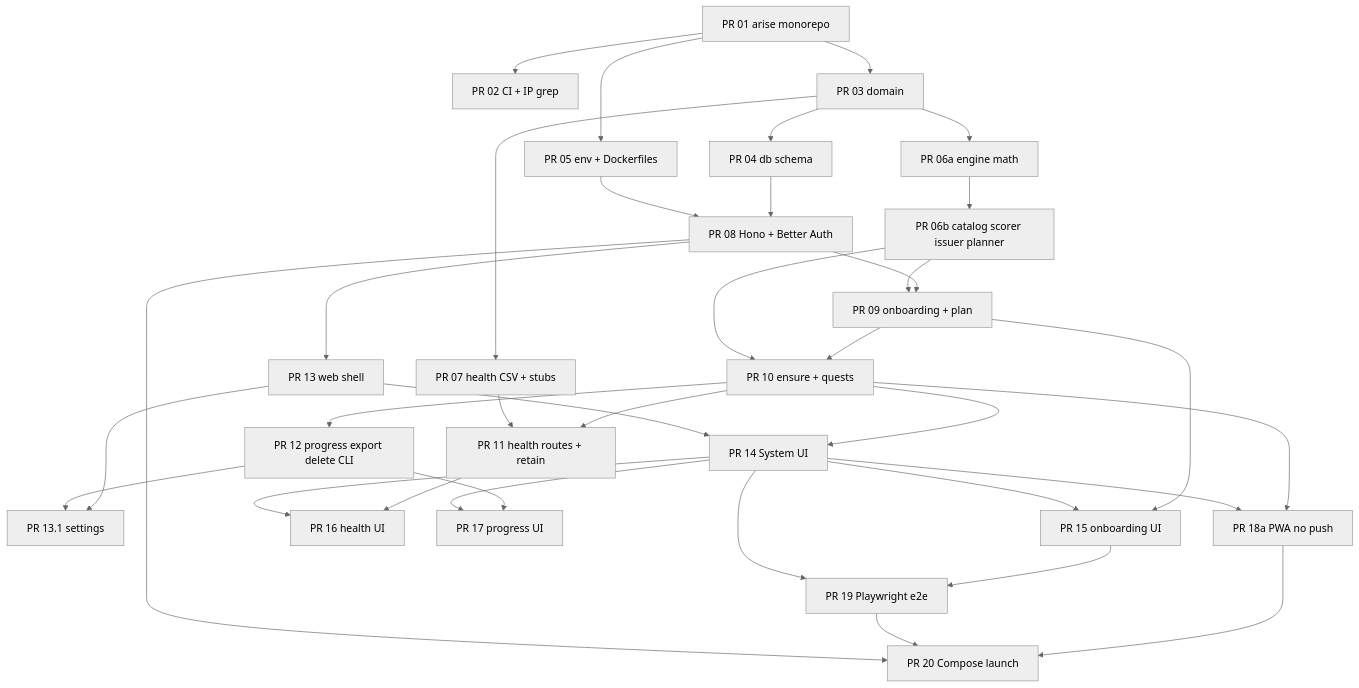
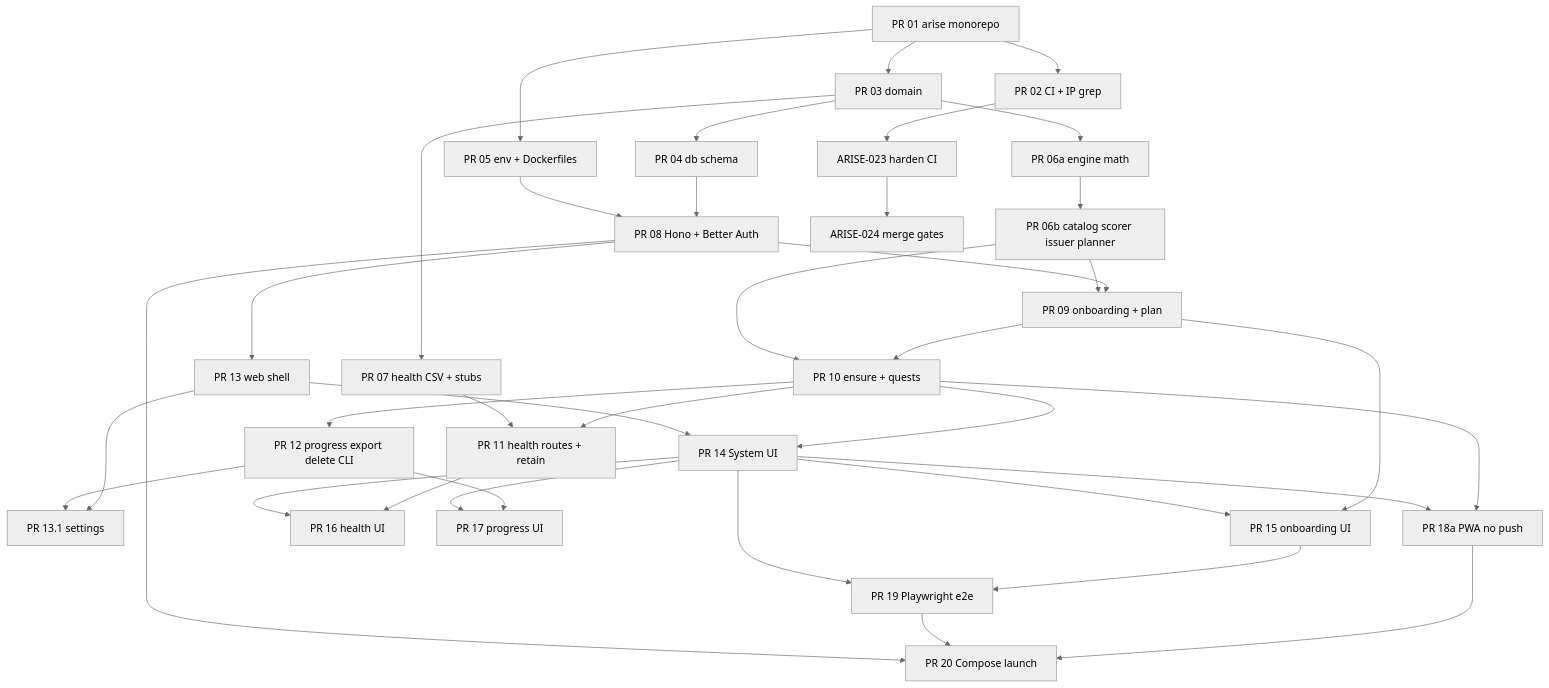
Before and after one commit to timus97/Arise: the first of 2 diagrams in docs/backlog/SPRINT_BOARD.md, drawn with Mermaid (neutral theme). The commit also changed other lines of this file and 2 other files, not shown here.

````diff
--- a/docs/backlog/SPRINT_BOARD.md
+++ b/docs/backlog/SPRINT_BOARD.md
@@ -24,56 +24,58 @@
 ```mermaid
 flowchart TB
   PR01[PR 01 arise monorepo]
   PR02[PR 02 CI + IP grep]
   PR03[PR 03 domain]
   PR04[PR 04 db schema]
   PR05[PR 05 env + Dockerfiles]
   PR06a[PR 06a engine math]
   PR06b[PR 06b catalog scorer issuer planner]
   PR07[PR 07 health CSV + stubs]
   PR08[PR 08 Hono + Better Auth]
   PR09[PR 09 onboarding + plan]
   PR10[PR 10 ensure + quests]
   PR11[PR 11 health routes + retain]
   PR12[PR 12 progress export delete CLI]
   PR13[PR 13 web shell]
   PR131[PR 13.1 settings]
   PR14[PR 14 System UI]
   PR15[PR 15 onboarding UI]
   PR16[PR 16 health UI]
   PR17[PR 17 progress UI]
   PR18a[PR 18a PWA no push]
   PR19[PR 19 Playwright e2e]
   PR20[PR 20 Compose launch]
 
   PR01 --> PR02
   PR01 --> PR03 --> PR04
   PR01 --> PR05
   PR03 --> PR06a --> PR06b
   PR03 --> PR07
   PR04 --> PR08
   PR05 --> PR08
   PR08 --> PR09 --> PR10
   PR06b --> PR09
   PR06b --> PR10
   PR10 --> PR11
   PR07 --> PR11
   PR10 --> PR12
   PR08 --> PR13 --> PR131
+  PR02 --> CI023[ARISE-023 harden CI]
+  CI023 --> CI024[ARISE-024 merge gates]
   PR12 --> PR131
   PR10 --> PR14
   PR13 --> PR14
   PR09 --> PR15
   PR14 --> PR15
   PR11 --> PR16
   PR14 --> PR16
   PR12 --> PR17
   PR14 --> PR17
   PR10 --> PR18a
   PR14 --> PR18a
   PR15 --> PR19
   PR14 --> PR19
   PR18a --> PR20
   PR19 --> PR20
   PR08 --> PR20
 ```
````
